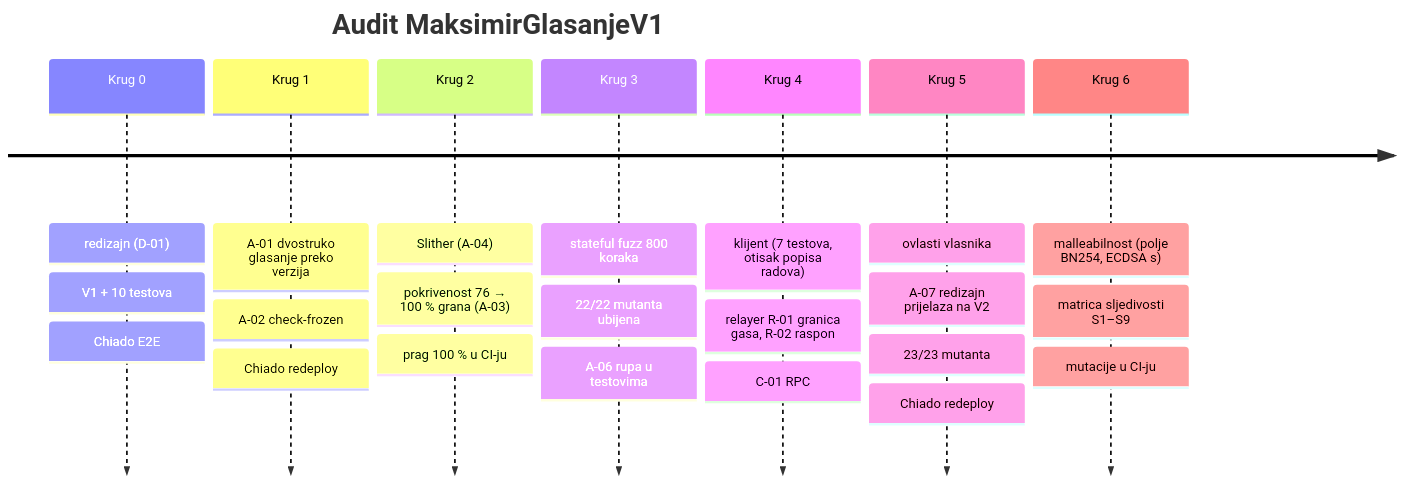
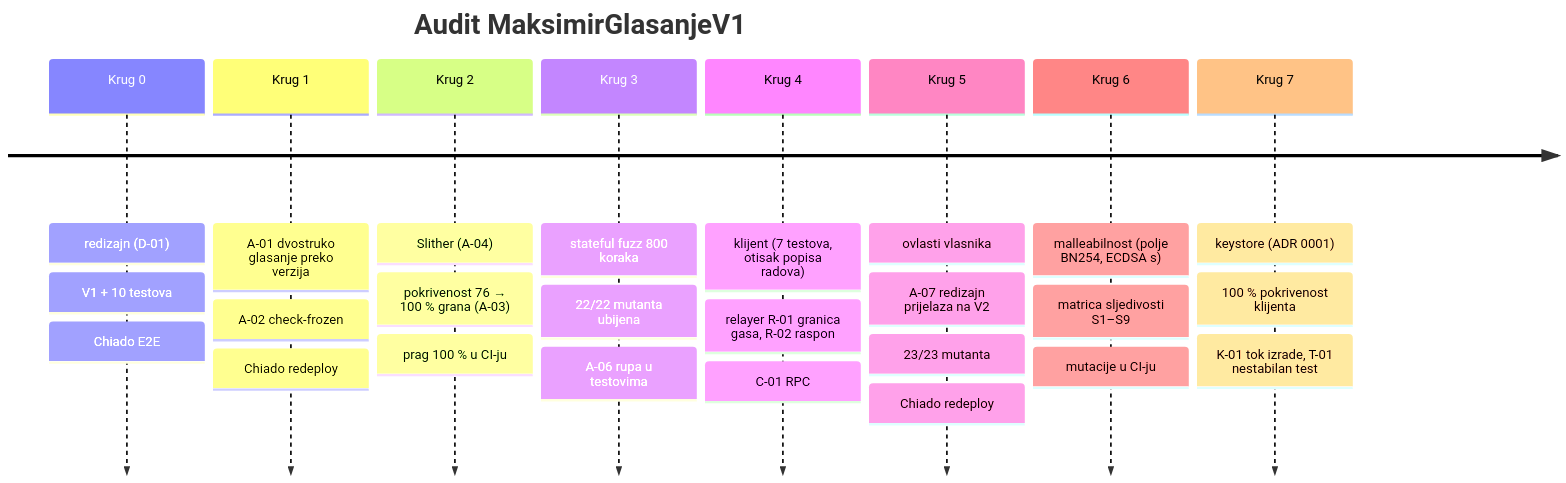
Before and after one commit to stepanic/stadion-maksimir-natjecaj-2026: the first of 4 diagrams in docs/blockchain/audit/krugovi.md, drawn with Mermaid. The commit also changed other lines of this file and 6 other files, not shown here.

First line of the commit message:
audit(glasanje): krug 7 — keystore u stvarnom pregledniku, K-01, demo stranica

````diff
--- a/docs/blockchain/audit/krugovi.md
+++ b/docs/blockchain/audit/krugovi.md
@@ -5,11 +5,12 @@
 ```mermaid
 timeline
   title Audit MaksimirGlasanjeV1
   Krug 0 : redizajn (D-01) : V1 + 10 testova : Chiado E2E
   Krug 1 : A-01 dvostruko glasanje preko verzija : A-02 check-frozen : Chiado redeploy
   Krug 2 : Slither (A-04) : pokrivenost 76 → 100 % grana (A-03) : prag 100 % u CI-ju
   Krug 3 : stateful fuzz 800 koraka : 22/22 mutanta ubijena : A-06 rupa u testovima
   Krug 4 : klijent (7 testova, otisak popisa radova) : relayer R-01 granica gasa, R-02 raspon : C-01 RPC
   Krug 5 : ovlasti vlasnika : A-07 redizajn prijelaza na V2 : 23/23 mutanta : Chiado redeploy
   Krug 6 : malleabilnost (polje BN254, ECDSA s) : matrica sljedivosti S1–S9 : mutacije u CI-ju
+  Krug 7 : keystore (ADR 0001) : 100 % pokrivenost klijenta : K-01 tok izrade, T-01 nestabilan test
 ```
````
